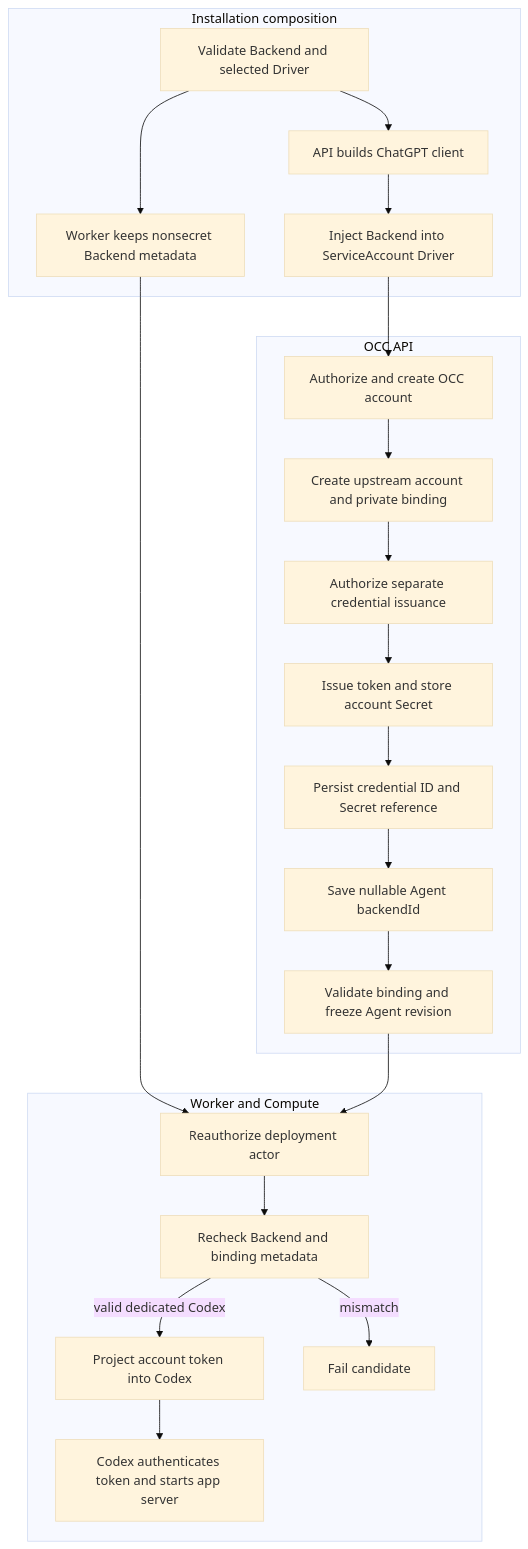
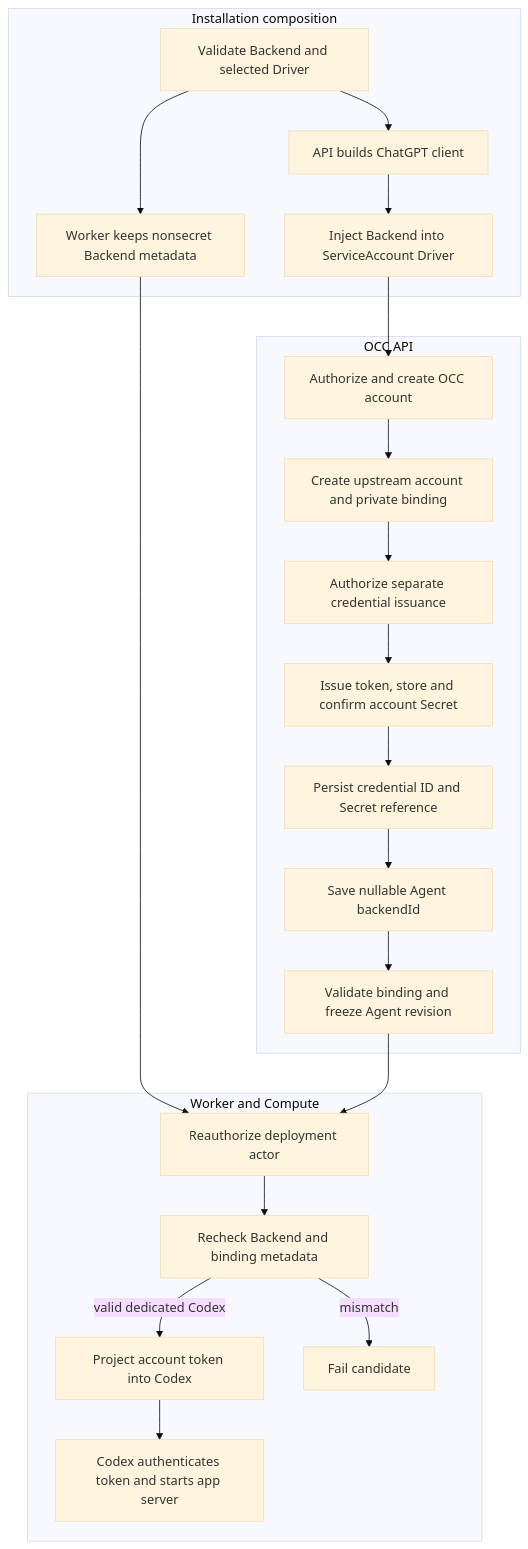
One commit to openclaw/openclaw-enterprise changed the diagram in docs/flows/service-account-driver-credential-delivery.md. Above: the diagram before and after it, drawn with Mermaid (base theme). The commit also changed other lines of this file and 4 other files, not shown here.

Commit message:
Validate Kubernetes ServiceAccount credential Secret receipts

````diff
--- a/docs/flows/service-account-driver-credential-delivery.md
+++ b/docs/flows/service-account-driver-credential-delivery.md
@@ -33,25 +33,25 @@
 ```mermaid
 graph TD
   subgraph Composition["Installation composition"]
     A["Validate Backend and selected Driver"] --> B["API builds ChatGPT client"]
     B --> C["Inject Backend into ServiceAccount Driver"]
     A --> D["Worker keeps nonsecret Backend metadata"]
   end
   subgraph API["OCC API"]
     C --> E["Authorize and create OCC account"]
     E --> F["Create upstream account and private binding"]
     F --> G["Authorize separate credential issuance"]
-    G --> H["Issue token and store account Secret"]
+    G --> H["Issue token, store and confirm account Secret"]
     H --> I["Persist credential ID and Secret reference"]
     I --> J["Save nullable Agent backendId"]
     J --> K["Validate binding and freeze Agent revision"]
   end
   subgraph Worker["Worker and Compute"]
     D --> L["Reauthorize deployment actor"]
     K --> L
     L --> M["Recheck Backend and binding metadata"]
     M -->|valid dedicated Codex| N["Project account token into Codex"]
     M -->|mismatch| O["Fail candidate"]
     N --> P["Codex authenticates token and starts app server"]
   end
 ```
````
